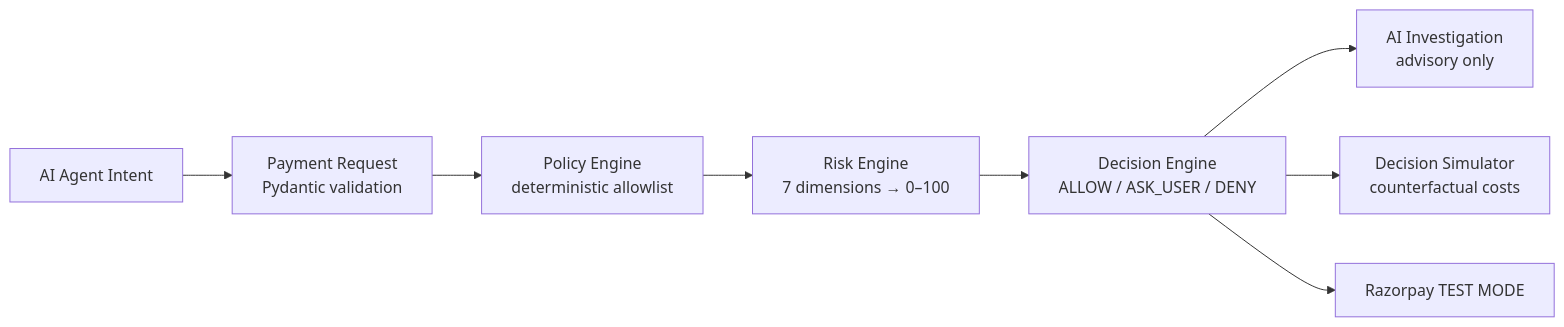
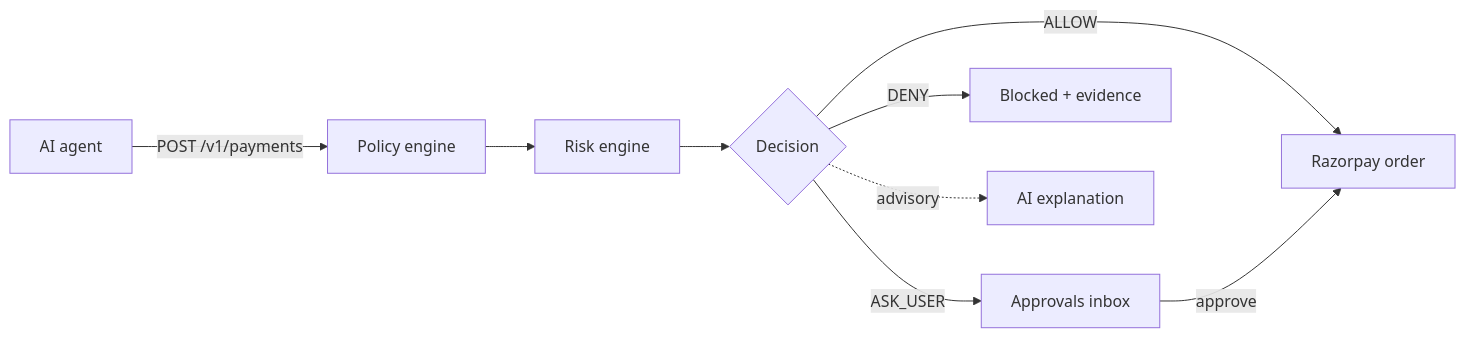
The diagram in README.md (Sanskar1724/PayTrust_AI), drawn with Mermaid before and after one commit. The commit also changed other lines of this file and 184 other files, not shown here.

````diff
--- a/README.md
+++ b/README.md
@@ -52,10 +24,10 @@
 ```mermaid
 flowchart LR
-    A[AI Agent Intent] --> B[Payment Request<br/>Pydantic validation]
-    B --> C[Policy Engine<br/>deterministic allowlist]
-    C --> D[Risk Engine<br/>7 dimensions → 0–100]
-    D --> E[Decision Engine<br/>ALLOW / ASK_USER / DENY]
-    E --> F[AI Investigation<br/>advisory only]
-    E --> G[Decision Simulator<br/>counterfactual costs]
-    E --> H[Razorpay TEST MODE]
+    A[AI agent] -- POST /v1/payments --> B[Policy engine]
+    B --> C[Risk engine]
+    C --> D{Decision}
+    D -- ALLOW --> E[Razorpay order]
+    D -- ASK_USER --> F[Approvals inbox] -- approve --> E
+    D -- DENY --> G[Blocked + evidence]
+    D -. advisory .-> H[AI explanation]
 ```
````
